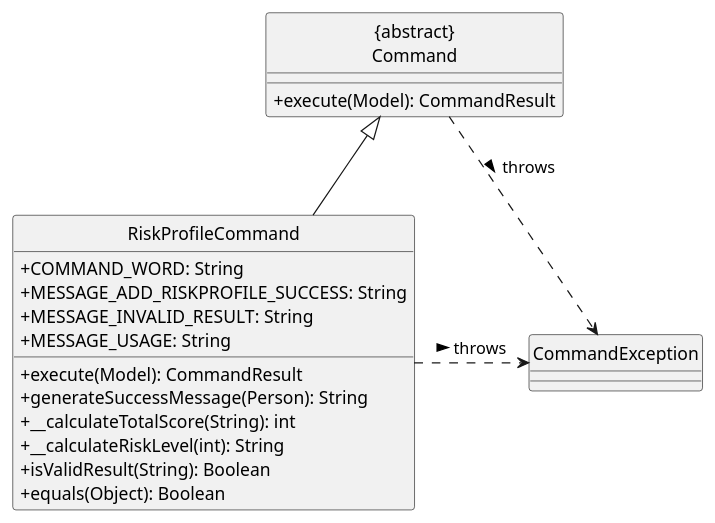
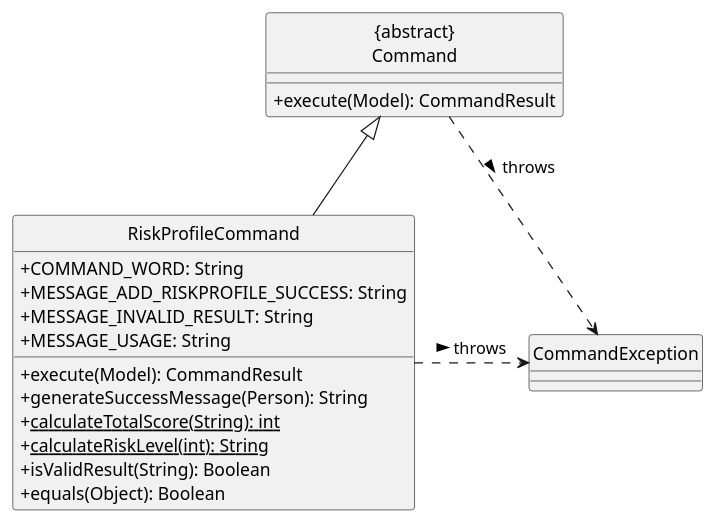
Before and after one commit to syamfarh/tp: the diagram in docs/diagrams/RiskProfileClass.puml, drawn with PlantUML. The commit also changed 6 other files, not shown here.

```diff
--- a/docs/diagrams/RiskProfileClass.puml
+++ b/docs/diagrams/RiskProfileClass.puml
@@ -1,25 +1,25 @@
 @startuml
 hide circle
 skinparam classAttributeIconSize 0
 
 Class "{abstract}\nCommand" as Command {
   +execute(Model): CommandResult
 }
 Class RiskProfileCommand {
   +COMMAND_WORD: String
   +MESSAGE_ADD_RISKPROFILE_SUCCESS: String
   +MESSAGE_INVALID_RESULT: String
   +MESSAGE_USAGE: String
   +execute(Model): CommandResult
   +generateSuccessMessage(Person): String
-  +__calculateTotalScore(String): int
-  +__calculateRiskLevel(int): String
+  +<u>calculateTotalScore(String): int</u>
+  +<u>calculateRiskLevel(int): String</u>
   +isValidResult(String): Boolean
   +equals(Object): Boolean
 }
 Class CommandException
 
 RiskProfileCommand -up-|> Command
 Command ..> CommandException: throws >
 RiskProfileCommand .right.> CommandException: throws >
 @enduml
```
